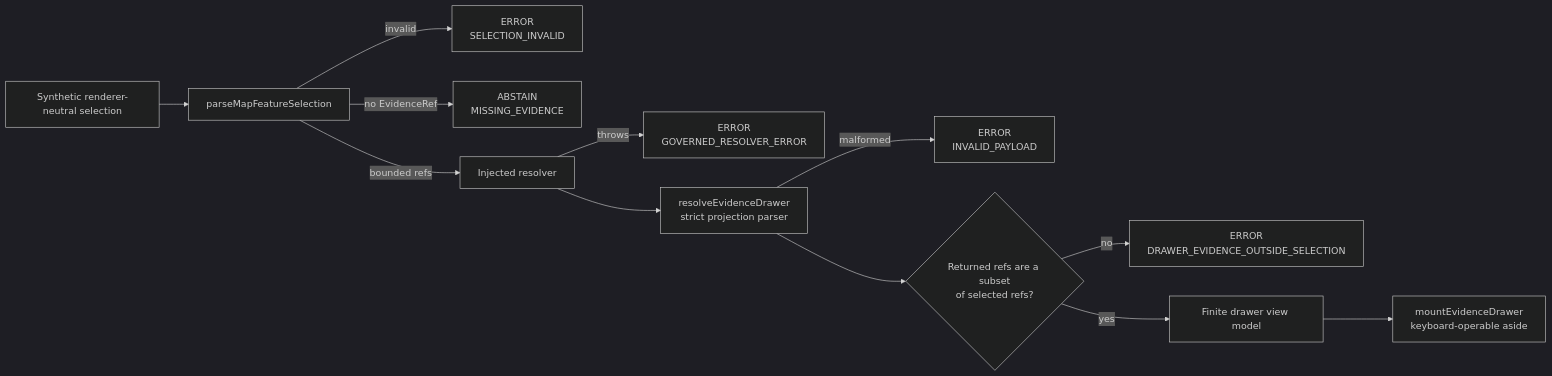
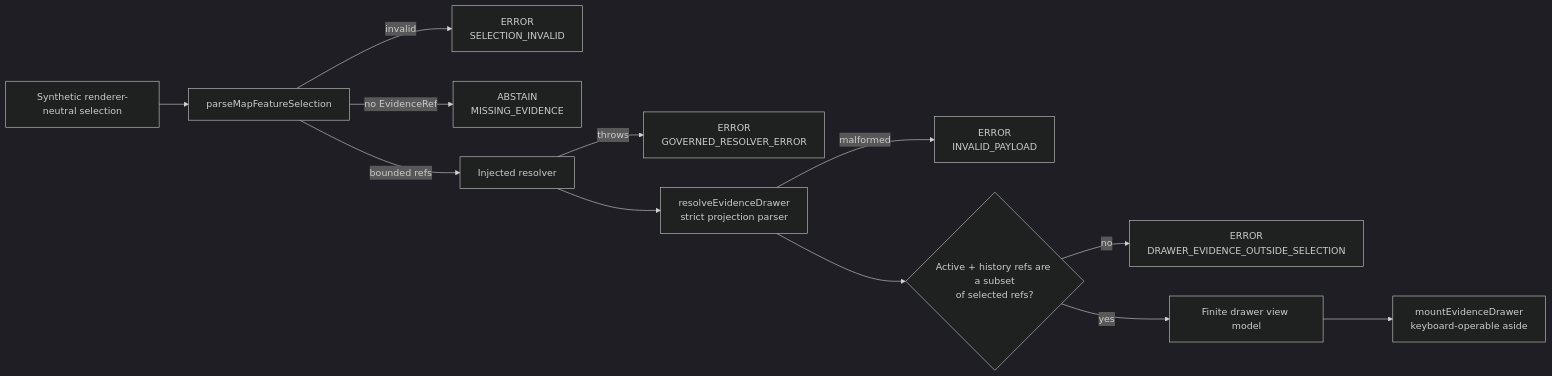
Before and after one commit to bartytime4life/Kansas-Frontier-Matrix: the first of 2 diagrams in docs/architecture/map-master/EVIDENCE_DRAWER.md, drawn with Mermaid (dark theme). The commit also changed other lines of this file, not shown here.

Commit message:
docs(explorer): bind history refs to selection scope

````diff
--- a/docs/architecture/map-master/EVIDENCE_DRAWER.md
+++ b/docs/architecture/map-master/EVIDENCE_DRAWER.md
@@ -248,14 +248,14 @@
 ```mermaid
 flowchart LR
   A["Synthetic renderer-neutral selection"] --> B["parseMapFeatureSelection"]
   B -->|invalid| X["ERROR<br/>SELECTION_INVALID"]
   B -->|no EvidenceRef| N["ABSTAIN<br/>MISSING_EVIDENCE"]
   B -->|bounded refs| C["Injected resolver"]
   C -->|throws| Y["ERROR<br/>GOVERNED_RESOLVER_ERROR"]
   C --> D["resolveEvidenceDrawer<br/>strict projection parser"]
   D -->|malformed| Z["ERROR<br/>INVALID_PAYLOAD"]
-  D --> E{"Returned refs are a subset<br/>of selected refs?"}
+  D --> E{"Active + history refs are a subset<br/>of selected refs?"}
   E -->|no| Q["ERROR<br/>DRAWER_EVIDENCE_OUTSIDE_SELECTION"]
   E -->|yes| F["Finite drawer view model"]
   F --> G["mountEvidenceDrawer<br/>keyboard-operable aside"]
 ```
````
